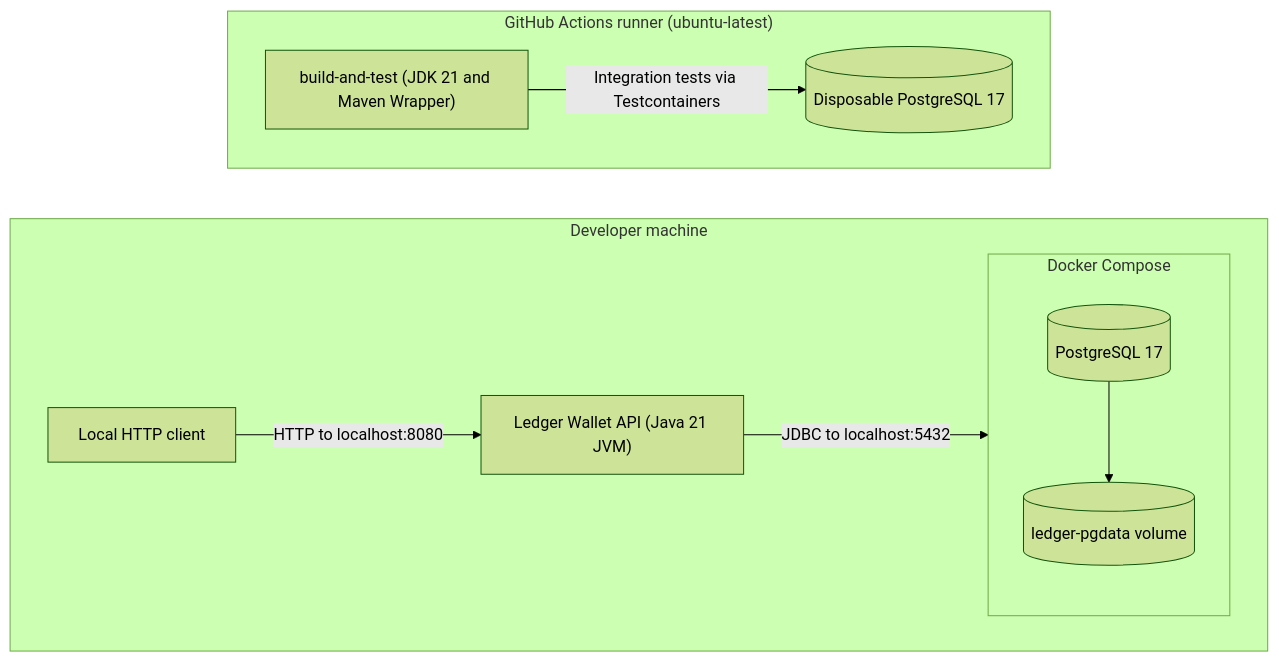
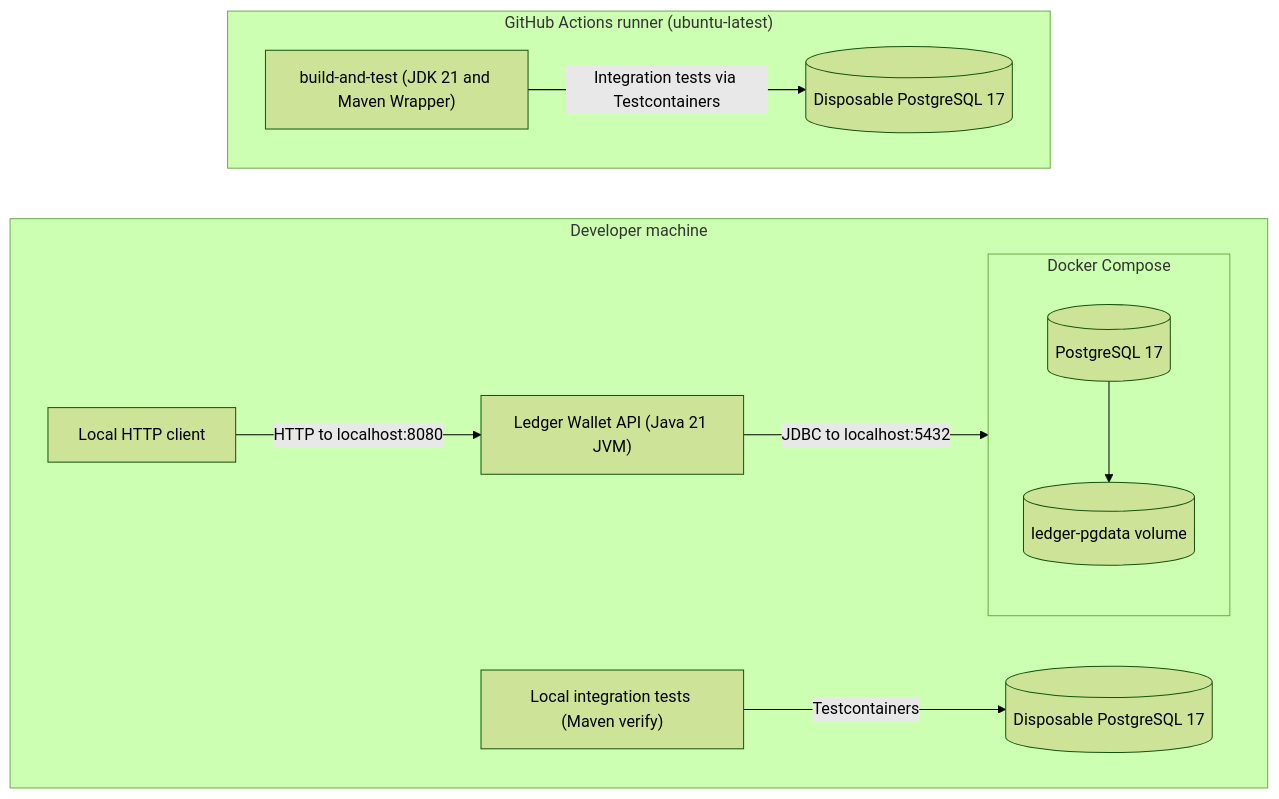
Before and after one commit to pranavg18/ledger-wallet-api: the third of 3 diagrams in docs/architecture.md, drawn with Mermaid (forest theme). The commit also changed other lines of this file and 1 other file, not shown here.

Commit message:
docs: show local Testcontainers deployment path (#38)

````diff
--- a/docs/architecture.md
+++ b/docs/architecture.md
@@ -89,23 +90,26 @@
 ```mermaid
 flowchart LR
     subgraph developer["Developer machine"]
         direction LR
         client["Local HTTP client"]
         api["Ledger Wallet API (Java 21 JVM)"]
         subgraph compose["Docker Compose"]
             direction TB
             localDb[("PostgreSQL 17")]
             localVolume[("ledger-pgdata volume")]
             localDb --> localVolume
         end
         client -->|"HTTP to localhost:8080"| api
         api -->|"JDBC to localhost:5432"| localDb
+        localTests["Local integration tests (Maven verify)"]
+        localTestDb[("Disposable PostgreSQL 17")]
+        localTests -->|"Testcontainers"| localTestDb
     end
 
     subgraph ci["GitHub Actions runner (ubuntu-latest)"]
         direction LR
         build["build-and-test (JDK 21 and Maven Wrapper)"]
         testDb[("Disposable PostgreSQL 17")]
         build -->|"Integration tests via Testcontainers"| testDb
     end
 ```
````
